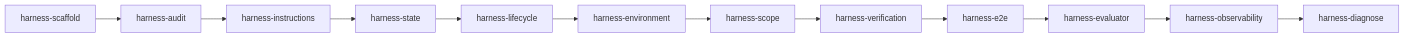
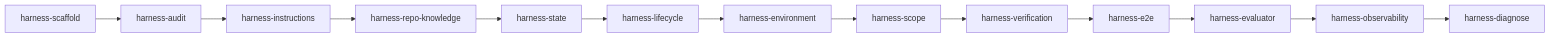
One commit to solanodz/harness-engineering-skills changed the second of 2 diagrams in README.md. Above: the diagram before and after it, drawn with Mermaid. The commit also changed other lines of this file and 12 other files, not shown here.

First line of the commit message:
feat: add harness-repo-knowledge skill (v1.9.0)

````diff
--- a/README.md
+++ b/README.md
@@ -124,14 +125,15 @@
 ```mermaid
 flowchart LR
     A[harness-scaffold] --> B[harness-audit]
     B --> C[harness-instructions]
-    C --> D[harness-state]
-    D --> E[harness-lifecycle]
-    E --> F[harness-environment]
-    F --> G[harness-scope]
-    G --> H[harness-verification]
-    H --> I[harness-e2e]
-    I --> J[harness-evaluator]
-    J --> K[harness-observability]
-    K --> L[harness-diagnose]
+    C --> D[harness-repo-knowledge]
+    D --> E[harness-state]
+    E --> F[harness-lifecycle]
+    F --> G[harness-environment]
+    G --> H[harness-scope]
+    H --> I[harness-verification]
+    I --> J[harness-e2e]
+    J --> K[harness-evaluator]
+    K --> L[harness-observability]
+    L --> M[harness-diagnose]
 ```
````
